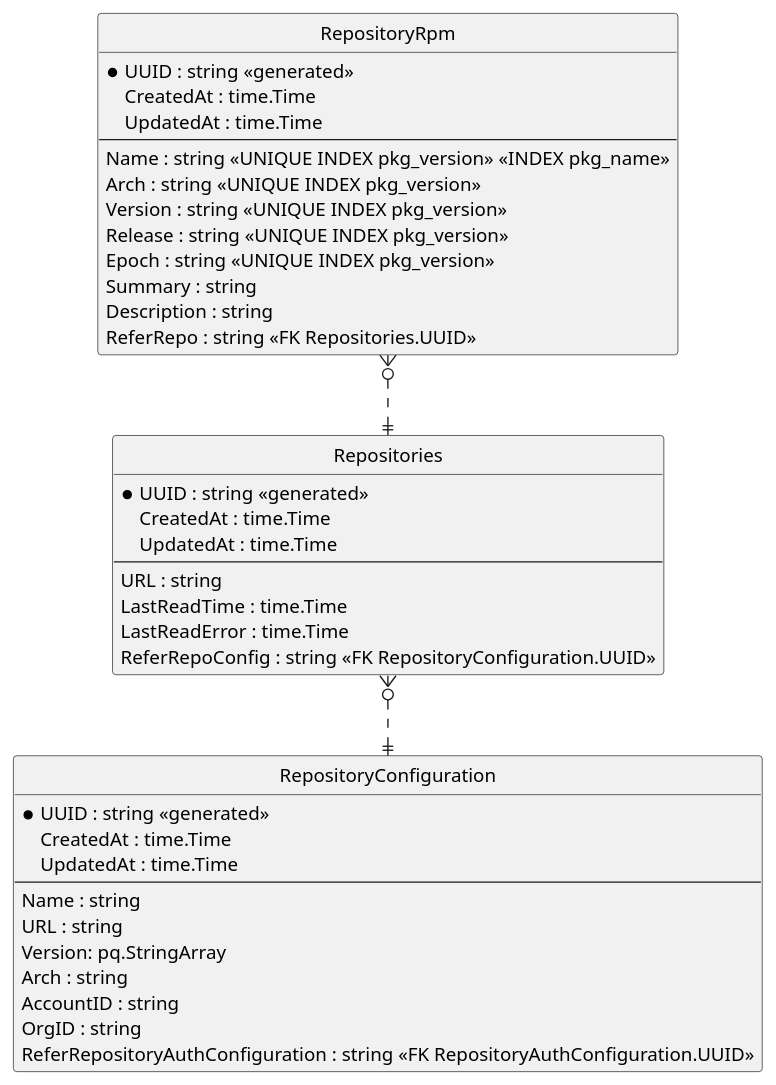
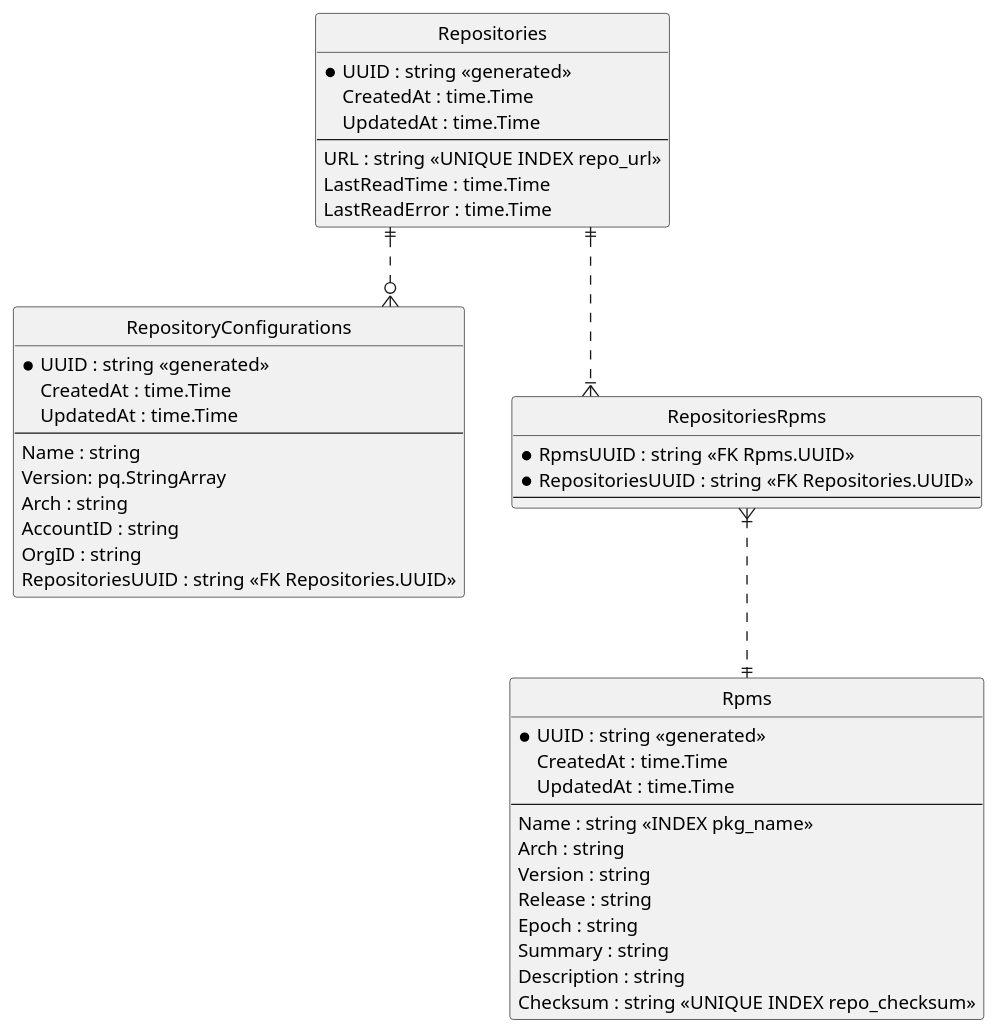
The diagram in docs/db-model.puml (content-services/content-sources-backend), drawn with PlantUML before and after one commit.

Commit message:
doc:update entiry relationship with the review of https://github.com/content-services/content-sources-backend/pull/42

```diff
--- a/docs/db-model.puml
+++ b/docs/db-model.puml
@@ -1,84 +1,112 @@
 @startuml db-model
 ' https://plantuml.com/ie-diagram
 
 hide circle
 
 ' avoid problems with angled crows feet
 skinparam linetype ortho
 
 ' GORM custom types
 ' https://gorm.io/docs/data_types.html
 
+' NOTES
+' - <<..>> syntax is not normalized, just a way to express different
+'   circunstances, as if the field is generated, or if the field is
+'   part of some index (to express uniqueness).
 
-entity "RepositoryConfiguration" as repo_config {
+' Repositories
+' Represent a repository
+entity "Repositories" as repos {
+  *UUID : string <<generated>>
+  CreatedAt : time.Time
+  UpdatedAt : time.Time
+  --
+  ' Is this duplicated at RepositoryConfiguration?
+  URL : string << UNIQUE INDEX repo_url >>
+  ' Why do we save the value below?
+  LastReadTime : time.Time
+  ' Why do we save the value below?
+  LastReadError : time.Time
+  ' The repository configurations
+  ' RepositoryConfigurations []RepositoryConfiguration
+}
+
+' RepositoryConfigurations
+entity "RepositoryConfigurations" as repo_configs {
   ' Base
   *UUID : string <<generated>>
   CreatedAt : time.Time
   UpdatedAt : time.Time
   --
   Name : string
-  URL : string
+  ' URL : string
   Version: pq.StringArray
   Arch : string
   AccountID : string
   OrgID : string
-  ReferRepositoryAuthConfiguration : string << FK RepositoryAuthConfiguration.UUID >>
+  ' https://gorm.io/docs/has_many.html
+  RepositoriesUUID : string << FK Repositories.UUID >>
+  ' Related rpm packages to this repository
+  ' RepositoryRpms : []RepositoryRpm
 }
 
 ' RepositoryAuthConfiguration
 ' DOC
 ' - `man dnf.conf`
 ' - https://www.golinuxcloud.com/set-up-proxy-for-yum-repository-linux/
 ' entity "RepositoryAuthConfiguration" as repo_auth_conf {
 '   *UUID : string <<generated>>
 '   CreatedAt : time.Time
 '   UpdatedAt : time.Time
 '   --
 '   Username : string
 '   Password : string
 '   Certificate : []byte
 ' }
 
-' Repositories
-' Represent a repositor
-entity "Repositories" as repo {
-  *UUID : string <<generated>>
-  CreatedAt : time.Time
-  UpdatedAt : time.Time
-  --
-  ' Is this duplicated at RepositoryConfiguration?
-  URL : string
-  ' Why do we save the value below?
-  LastReadTime : time.Time
-  ' Why do we save the value below?
-  LastReadError : time.Time
-  ReferRepoConfig : string <<FK RepositoryConfiguration.UUID>>
-}
-
 ' RepositoryRpm
 ' Represent to the RPM which belongs to a specific
 ' repository.
 ' - Each RPM entry belongs to one repository.
 ' - However the same RPM could exists in different repositories.
-entity "RepositoryRpm" as repo_rpm {
+entity "Rpms" as rpms {
   *UUID : string <<generated>>
   CreatedAt : time.Time
   UpdatedAt : time.Time
   --
   ' TODO Double check the fields for this table
-  Name : string << UNIQUE INDEX pkg_version >> << INDEX pkg_name >>
-  Arch : string << UNIQUE INDEX pkg_version >>
-  Version : string << UNIQUE INDEX pkg_version >>
-  Release : string << UNIQUE INDEX pkg_version >>
-  Epoch : string << UNIQUE INDEX pkg_version >>
+  Name : string << INDEX pkg_name >>
+  Arch : string
+  Version : string
+  Release : string
+  Epoch : string
   Summary : string
   Description : string
-  ReferRepo : string << FK Repositories.UUID >>
+  Checksum : string << UNIQUE INDEX repo_checksum >>
+  ' RepositoriesUUID : string << FK Repositories.UUID >>
+  ' https://gorm.io/docs/has_many.html
+  ' RepositoriesConfigurationUUID : string << FK RepositoriesConfiguration.UUID >>
 }
 
-' Relationshipd between the tables
-' repo_auth_conf ||..|| repo_config
-repo }o..|| repo_config
-repo_rpm }o..|| repo
+' RepositoryRpmRepositories
+entity "RepositoriesRpms" as rpms_repo {
+  *RpmsUUID : string << FK Rpms.UUID >>
+  *RepositoriesUUID : string << FK Repositories.UUID >>
+  --
+}
+
+' RELATIONSHIPS
+
+' - One Repository Configuration relate with one and only one
+'   repository.
+' - One Repository is related with none or many respository
+'   configurations.
+' - One Repository is related with none or many rpm packages.
+' - One rpm package is related with one and only one repository.
+
+' repo_auth_conf ||..|| repo_configs
+repos ||..o{ repo_configs
+repos ||..|{ rpms_repo
+rpms_repo }|..|| rpms
 
 @enduml
```
